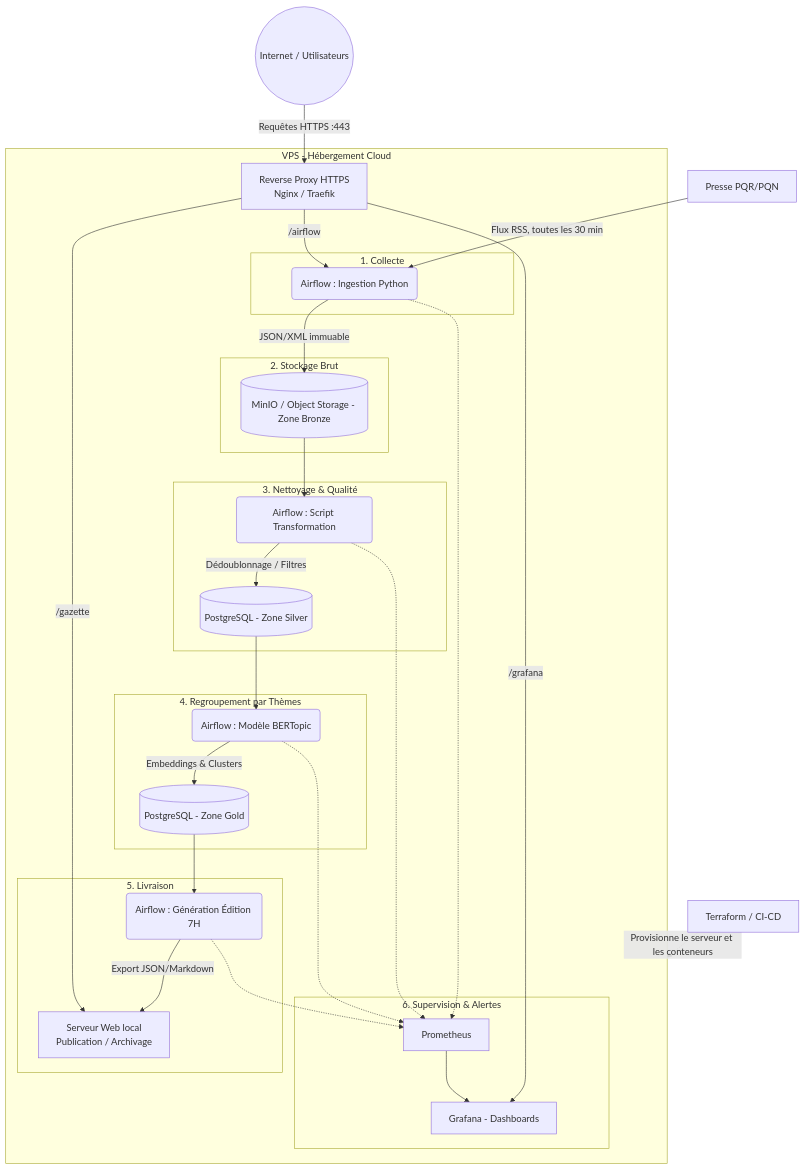
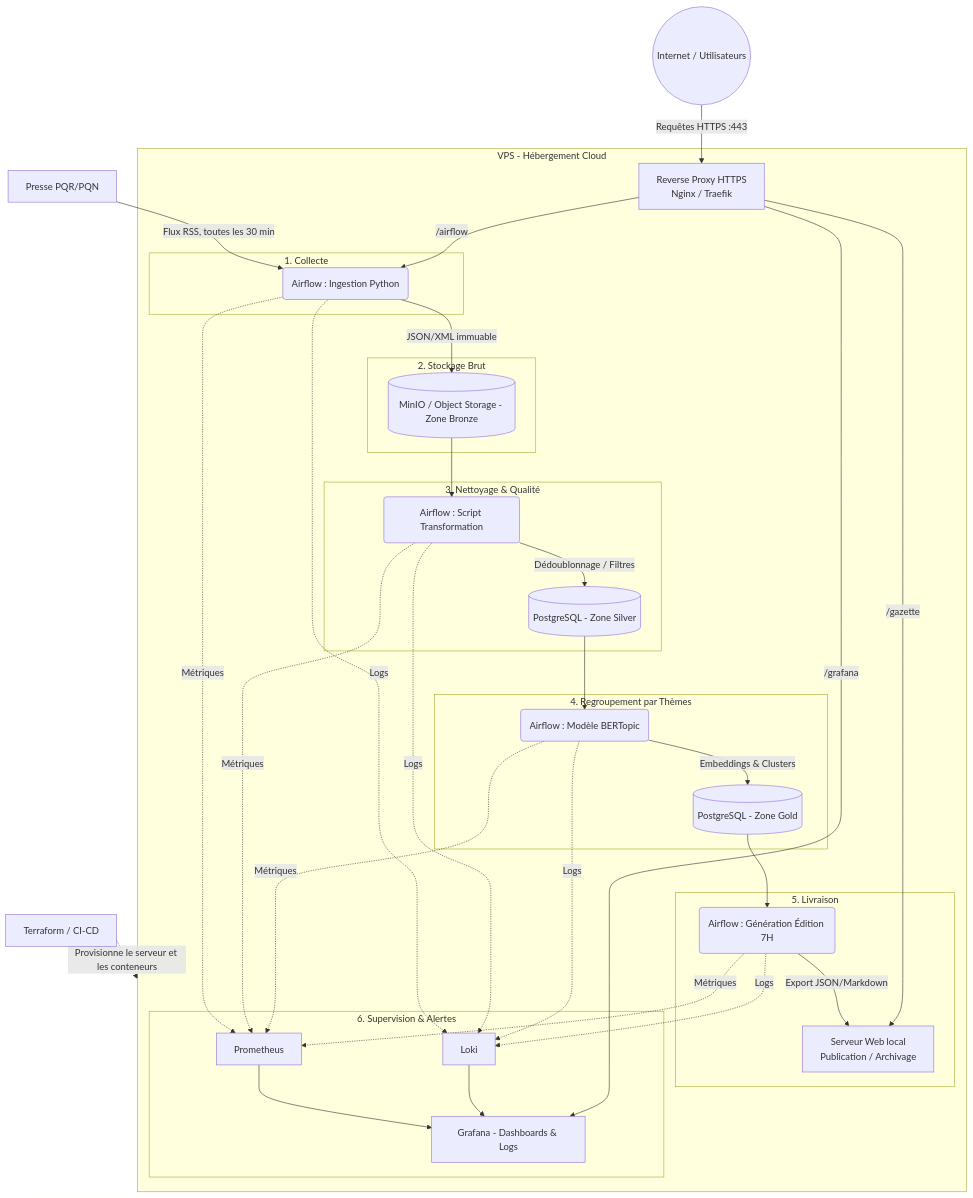
One commit to entiteco/M2OPS_KVZI changed the diagram in docs/cadrage.md. Above: the diagram before and after it, drawn with Mermaid. The commit also changed other lines of this file and 1 other file, not shown here.

Commit message:
Update Loki

````diff
--- a/docs/cadrage.md
+++ b/docs/cadrage.md
@@ -107,51 +107,58 @@
 ```mermaid
 graph TD
     %% Entités Externes
     Internet((Internet / Utilisateurs))
     Presse[Presse PQR/PQN]
     InfraCode[Terraform / CI-CD]
 
     Internet -->|Requêtes HTTPS :443| Proxy
     Presse -->|Flux RSS, toutes les 30 min| B
     InfraCode -.->|Provisionne le serveur et les conteneurs| VPS
 
     subgraph VPS [VPS - Hébergement Cloud]
         Proxy[Reverse Proxy HTTPS<br>Nginx / Traefik]
 
         subgraph 1. Collecte
             B(Airflow : Ingestion Python)
         end
 
         subgraph 2. Stockage Brut
             B -->|JSON/XML immuable| C[(MinIO / Object Storage - Zone Bronze)]
         end
 
         subgraph 3. Nettoyage & Qualité
             C --> D(Airflow : Script Transformation)
             D -->|Dédoublonnage / Filtres| E[(PostgreSQL - Zone Silver)]
         end
 
         subgraph 4. Regroupement par Thèmes
             E --> F(Airflow : Modèle BERTopic)
             F -->|Embeddings & Clusters| G[(PostgreSQL - Zone Gold)]
         end
 
         subgraph 5. Livraison
             G --> H(Airflow : Génération Édition 7H)
             H -->|Export JSON/Markdown| I[Serveur Web local<br>Publication / Archivage]
         end
 
         subgraph 6. Supervision & Alertes
-            B -.-> J[Prometheus]
-            D -.-> J
-            F -.-> J
-            H -.-> J
-            J --> K[Grafana - Dashboards]
+            B -.->|Métriques| J[Prometheus]
+            D -.->|Métriques| J
+            F -.->|Métriques| J
+            H -.->|Métriques| J
+          
+            B -.->|Logs| L[Loki]
+            D -.->|Logs| L
+            F -.->|Logs| L
+            H -.->|Logs| L
+          
+            J --> K[Grafana - Dashboards & Logs]
+            L --> K
         end
 
         %% Routage interne depuis le Reverse Proxy vers les services exposés
         Proxy -->|/gazette| I
         Proxy -->|/airflow| B
         Proxy -->|/grafana| K
     end
 ```
````
